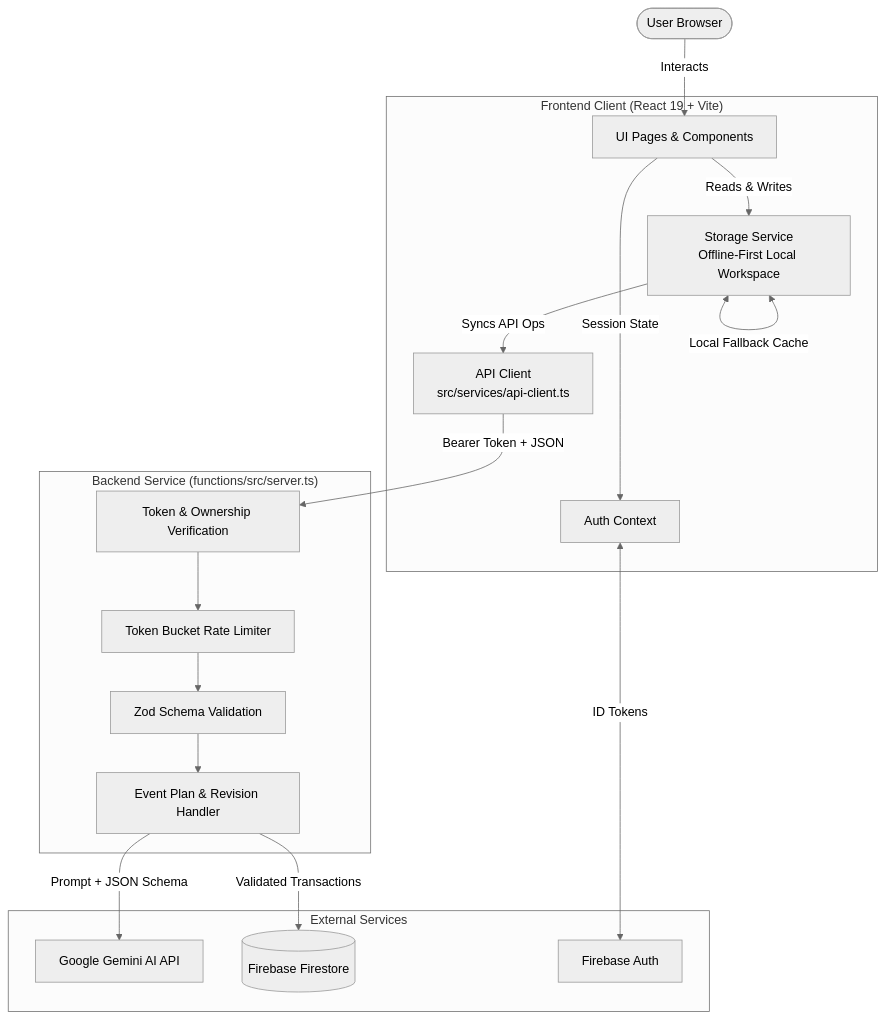
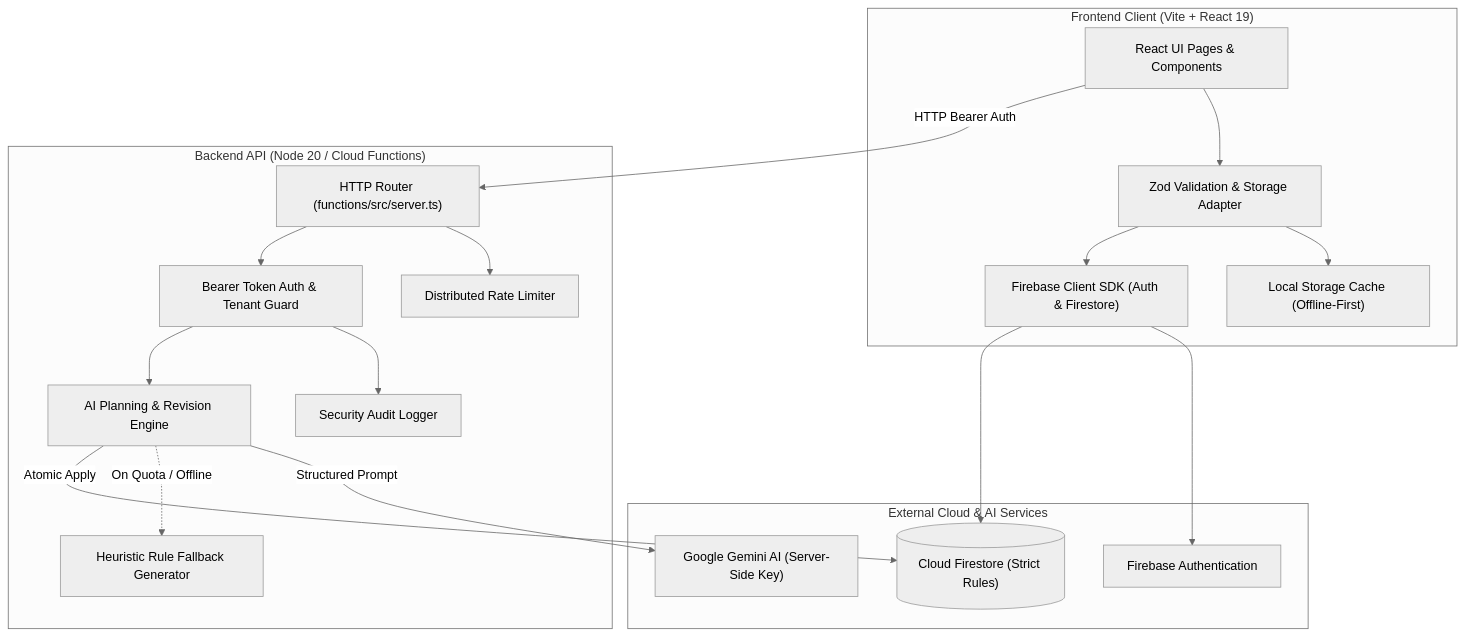
The diagram in README.md (AdityaP116/Festora-AI), drawn with Mermaid (neutral theme) before and after one commit. The commit also changed other lines of this file and 3 other files, not shown here.

````diff
--- a/README.md
+++ b/README.md
@@ -111,37 +125,39 @@
 ```mermaid
 flowchart TD
-    User([User Browser])
-
-    subgraph Frontend ["Frontend Client (React 19 + Vite)"]
-        UI[UI Pages & Components]
-        AuthCtx[Auth Context]
-        Store[Storage Service<br/>Offline-First Local Workspace]
-        APIClient[API Client<br/>src/services/api-client.ts]
+    subgraph Client["Frontend Client (Vite + React 19)"]
+        UI["React UI Pages & Components"]
+        ZodClient["Zod Validation & Storage Adapter"]
+        FBClient["Firebase Client SDK (Auth & Firestore)"]
+        LocalCache["Local Storage Cache (Offline-First)"]
     end
 
-    subgraph Backend ["Backend Service (functions/src/server.ts)"]
-        AuthMiddleware[Token & Ownership Verification]
-        RateLimiter[Token Bucket Rate Limiter]
-        Validation[Zod Schema Validation]
-        PlanHandler[Event Plan & Revision Handler]
+    subgraph Backend["Backend API (Node 20 / Cloud Functions)"]
+        Router["HTTP Router (functions/src/server.ts)"]
+        AuthMid["Bearer Token Auth & Tenant Guard"]
+        RateLimiter["Distributed Rate Limiter"]
+        SecLogger["Security Audit Logger"]
+        PlanEngine["AI Planning & Revision Engine"]
+        RuleFallback["Heuristic Rule Fallback Generator"]
     end
 
-    subgraph External ["External Services"]
-        Gemini[Google Gemini AI API]
-        Firestore[(Firebase Firestore)]
-        FirebaseAuth[Firebase Auth]
+    subgraph CloudServices["External Cloud & AI Services"]
+        FirebaseAuth["Firebase Authentication"]
+        CloudFirestore[("Cloud Firestore (Strict Rules)")]
+        GeminiAPI["Google Gemini AI (Server-Side Key)"]
     end
 
-    User -->|Interacts| UI
-    UI -->|Session State| AuthCtx
-    AuthCtx <-->|ID Tokens| FirebaseAuth
-    UI -->|Reads & Writes| Store
-    Store <-->|Local Fallback Cache| Store
-    Store -->|Syncs API Ops| APIClient
-    APIClient -->|Bearer Token + JSON| AuthMiddleware
-    AuthMiddleware --> RateLimiter
-    RateLimiter --> Validation
-    Validation --> PlanHandler
-    PlanHandler -->|Prompt + JSON Schema| Gemini
-    PlanHandler -->|Validated Transactions| Firestore
+    UI --> ZodClient
+    ZodClient --> LocalCache
+    ZodClient --> FBClient
+    FBClient --> FirebaseAuth
+    FBClient --> CloudFirestore
+
+    UI -->|HTTP Bearer Auth| Router
+    Router --> RateLimiter
+    Router --> AuthMid
+    AuthMid --> SecLogger
+    AuthMid --> PlanEngine
+    PlanEngine -->|Structured Prompt| GeminiAPI
+    PlanEngine -.->|On Quota / Offline| RuleFallback
+    PlanEngine -->|Atomic Apply| CloudFirestore
 ```
````
